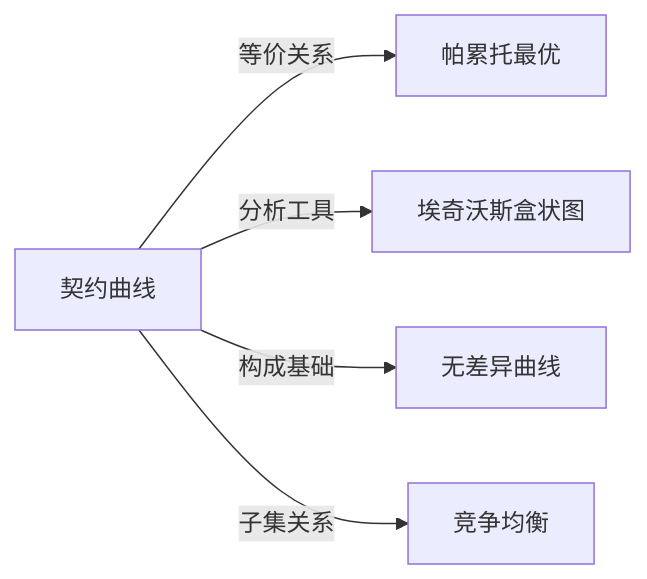
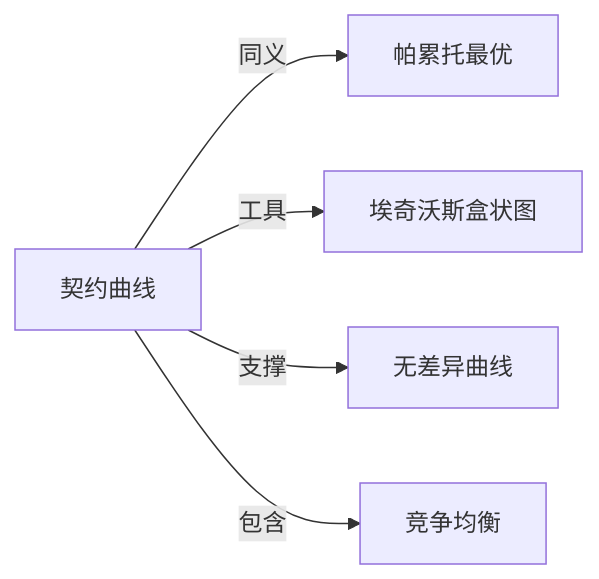
One commit to KIMMCHOW/MyKnowledge changed the diagram in Knowledge/Concepts/经济/契约曲线.md. Above: the diagram before and after it, drawn with Mermaid. The commit also changed 95 other files, not shown here.

Commit message:
reorganize: 统一关系图边标签为11类

````diff
--- a/Knowledge/Concepts/经济/契约曲线.md
+++ b/Knowledge/Concepts/经济/契约曲线.md
@@ -44,7 +44,7 @@
 ```mermaid
 graph LR
-契约曲线 -->|等价关系| 帕累托最优
-契约曲线 -->|分析工具| 埃奇沃斯盒状图
-契约曲线 -->|构成基础| 无差异曲线
-契约曲线 -->|子集关系| 竞争均衡
+契约曲线 -->|同义| 帕累托最优
+契约曲线 -->|工具| 埃奇沃斯盒状图
+契约曲线 -->|支撑| 无差异曲线
+契约曲线 -->|包含| 竞争均衡
 ```
````
